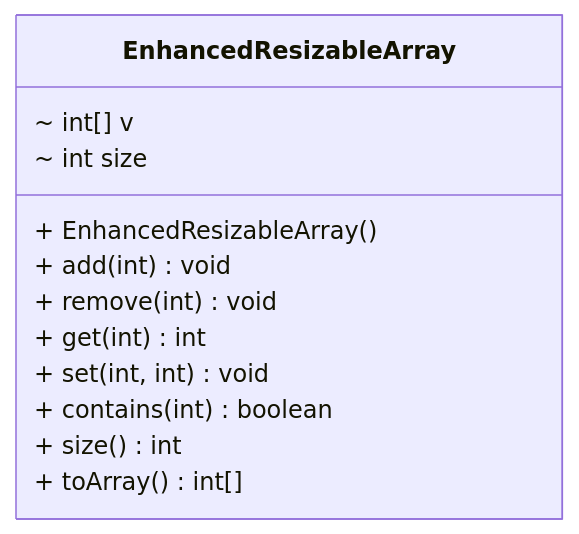
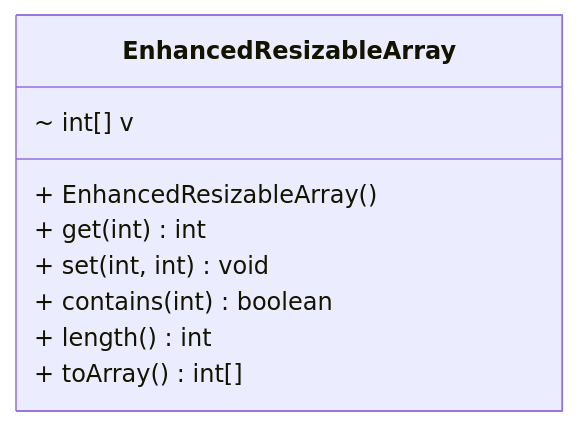
Before and after one commit to nbicocchi/learn-java-core: the seventh of 14 diagrams in src/main/java/com/nbicocchi/exercises/oop/README.md, drawn with Mermaid. The commit also changed other lines of this file and 4 other files, not shown here.

````diff
--- a/src/main/java/com/nbicocchi/exercises/oop/README.md
+++ b/src/main/java/com/nbicocchi/exercises/oop/README.md
@@ -221,16 +219,13 @@
 ```mermaid
 classDiagram
 direction BT
 class EnhancedResizableArray {
   ~ int[] v
-  ~ int size
   + EnhancedResizableArray() 
-  + add(int) void
-  + remove(int) void
   + get(int) int
   + set(int, int) void
   + contains(int) boolean
-  + size() int
+  + length() int
   + toArray() int[]
 }
 ```
````
